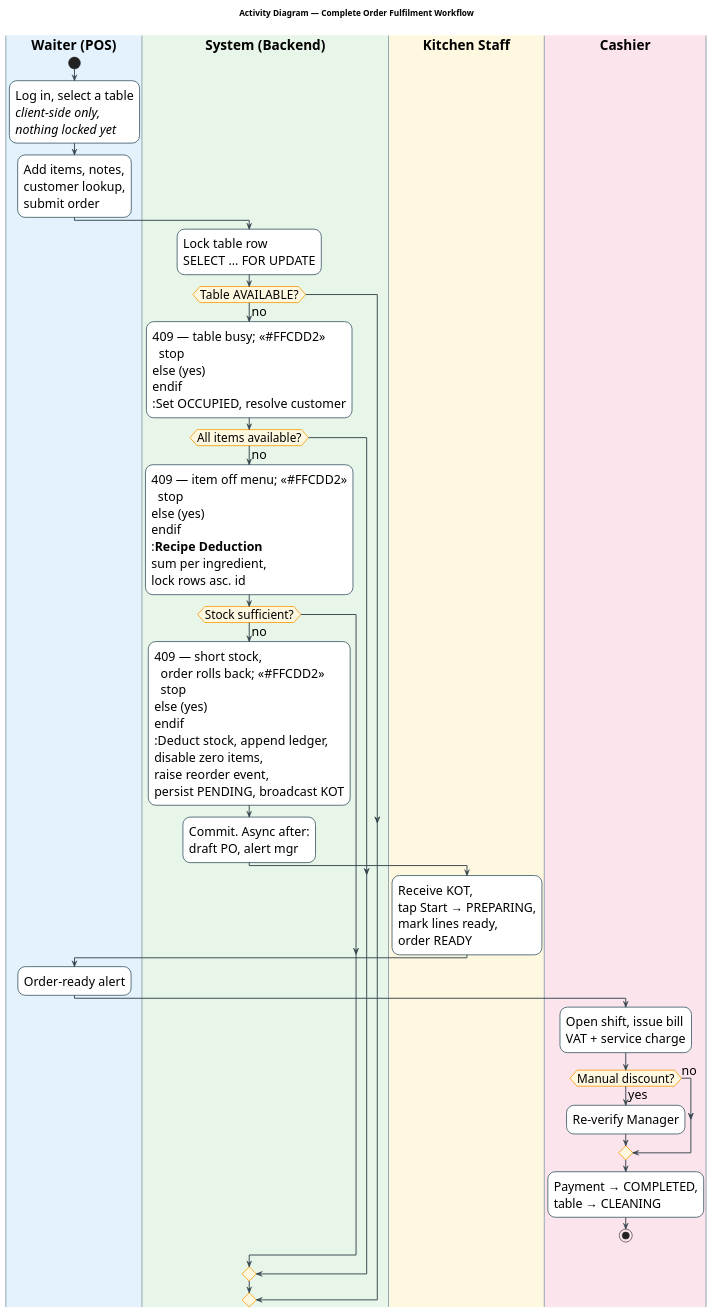
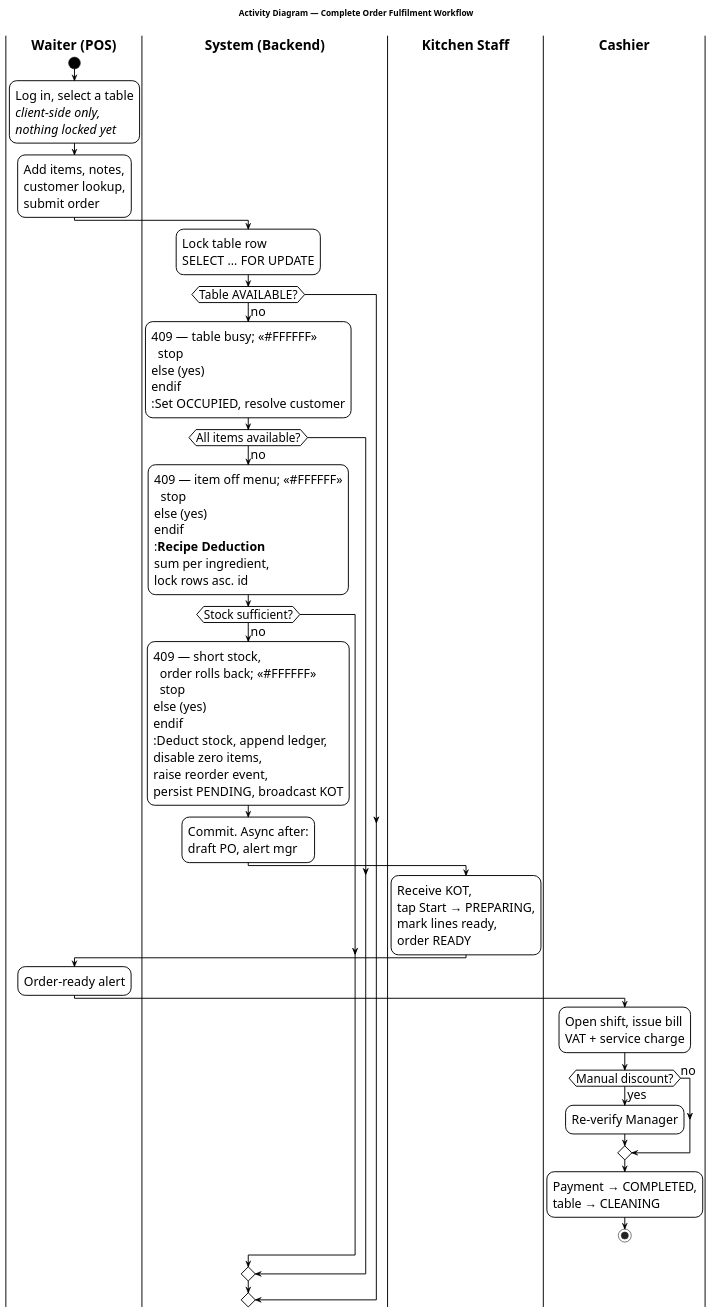
One commit to Buddhimal-Ramanayaka/restaurant-management-system changed the diagram in diagrams-source/fig3_7_activity.puml. Above: the diagram before and after it, drawn with PlantUML. The commit also changed 7 other files, not shown here.

First line of the commit message:
Restyle all eight Chapter 2-3 diagrams to plain UML notation

```diff
--- a/diagrams-source/fig3_7_activity.puml
+++ b/diagrams-source/fig3_7_activity.puml
@@ -1,117 +1,117 @@
 @startuml
 ' Figure 3.7 - Activity Diagram, Complete Order Fulfilment Workflow
 '
 ' Theme follows the original figure: four coloured swimlanes, rounded actions, diamond
 ' decisions, red failure branches.
 '
 ' Sizing: each lane is as wide as its own widest node, and the four lane widths add up,
 ' so every label is kept short and wrapped rather than run on. Sequential steps in one
 ' lane are merged where they describe a single user action - each node removed saves its
 ' padding and its incoming arrow.
 '
 ' Two PlantUML notes, both learned the hard way on this figure:
 '   - "#COLOR:text;" is deprecated in this version. It prints a warning banner into the
 '     image AND swallows every following line into the node label. The supported form is
 '     ":text; <<#COLOR>>".
 '   - "partition" draws its box across every swimlane it touches, so the transaction
 '     boundary is carried by a note instead.
 '
 ' Verified against PosPage.jsx (table selection is client-side state only),
 ' OrderService.submitOrder, RecipeDeductionService.deductForOrder /
 ' handlePostDeductionThresholds, InventoryAlertService, TableService and BillingService.
 
 skinparam backgroundColor #FFFFFF
 skinparam shadowing false
 skinparam defaultFontName "Arial"
 skinparam defaultFontSize 21
 skinparam ArrowThickness 1.5
-skinparam ArrowColor #37474F
+skinparam ArrowColor #000000
 
 skinparam activity {
   FontSize 21
   BorderThickness 1.6
   BackgroundColor #FFFFFF
-  BorderColor #546E7A
-  DiamondBackgroundColor #FFF8E1
-  DiamondBorderColor #F9A825
+  BorderColor #000000
+  DiamondBackgroundColor #FFFFFF
+  DiamondBorderColor #000000
   DiamondFontSize 20
-  StartColor #212121
-  EndColor #212121
+  StartColor #000000
+  EndColor #000000
 }
 skinparam swimlane {
-  BorderColor #90A4AE
+  BorderColor #000000
   BorderThickness 1.6
   TitleFontSize 23
   TitleFontStyle bold
 }
 skinparam note {
   FontSize 19
-  BackgroundColor #E8F5E9
-  BorderColor #2E7D32
+  BackgroundColor #FFFFFF
+  BorderColor #000000
 }
 
 title
 Activity Diagram — Complete Order Fulfilment Workflow
 <size:10> </size>
 end title
 
-|#E3F2FD|Waiter (POS)|
+|#FFFFFF|Waiter (POS)|
 start
 :Log in, select a table
 <i>client-side only,</i>
 <i>nothing locked yet</i>;
 :Add items, notes,
 customer lookup,
 submit order;
 
-|#E8F5E9|System (Backend)|
+|#FFFFFF|System (Backend)|
 :Lock table row
 SELECT … FOR UPDATE;
 if (Table AVAILABLE?) then (no)
-  :409 — table busy; <<#FFCDD2>>
+  :409 — table busy; <<#FFFFFF>>
   stop
 else (yes)
 endif
 :Set OCCUPIED, resolve customer;
 if (All items available?) then (no)
-  :409 — item off menu; <<#FFCDD2>>
+  :409 — item off menu; <<#FFFFFF>>
   stop
 else (yes)
 endif
 :<b>Recipe Deduction</b>
 sum per ingredient,
 lock rows asc. id;
 if (Stock sufficient?) then (no)
   :409 — short stock,
-  order rolls back; <<#FFCDD2>>
+  order rolls back; <<#FFFFFF>>
   stop
 else (yes)
 endif
 :Deduct stock, append ledger,
 disable zero items,
 raise reorder event,
 persist PENDING, broadcast KOT;
 :Commit. Async after:
 draft PO, alert mgr;
 
-|#FFF8E1|Kitchen Staff|
+|#FFFFFF|Kitchen Staff|
 :Receive KOT,
 tap Start → PREPARING,
 mark lines ready,
 order READY;
 
-|#E3F2FD|Waiter (POS)|
+|#FFFFFF|Waiter (POS)|
 :Order-ready alert;
 
-|#FCE4EC|Cashier|
+|#FFFFFF|Cashier|
 :Open shift, issue bill
 VAT + service charge;
 if (Manual discount?) then (yes)
   :Re-verify Manager;
 else (no)
 endif
 :Payment → COMPLETED,
 table → CLEANING;
 stop
 
 @enduml
```
